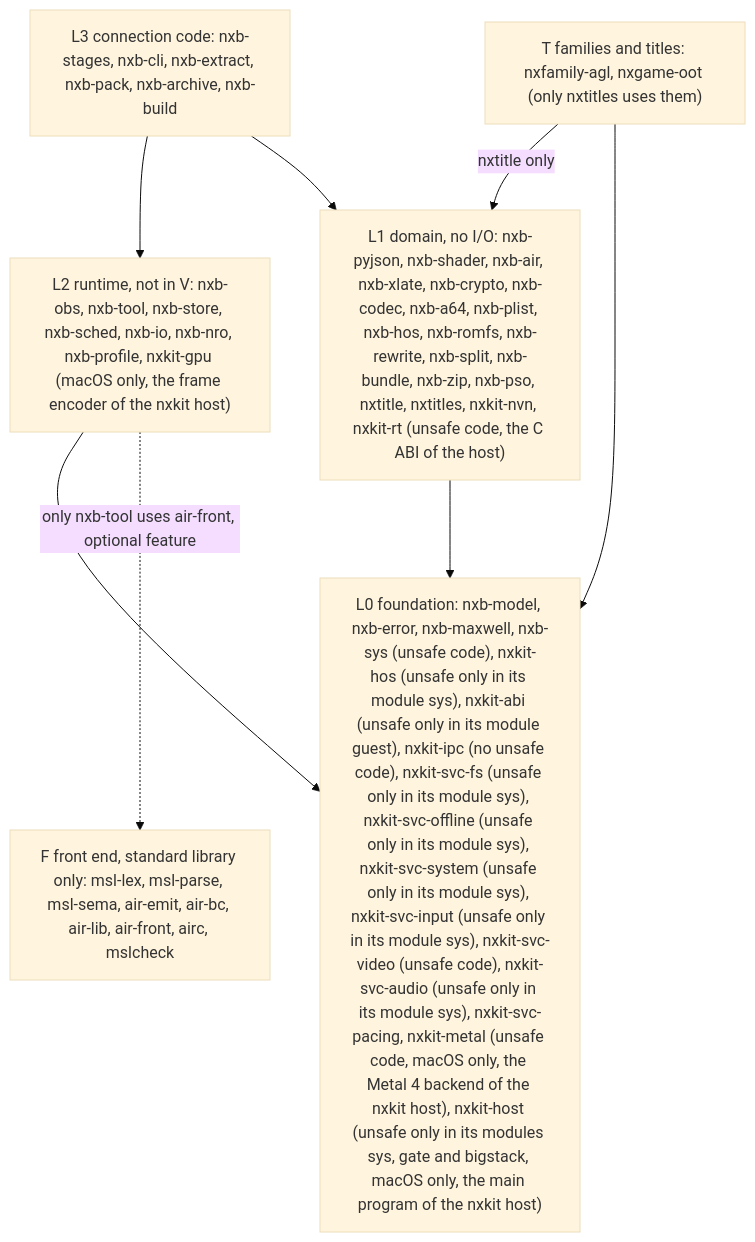
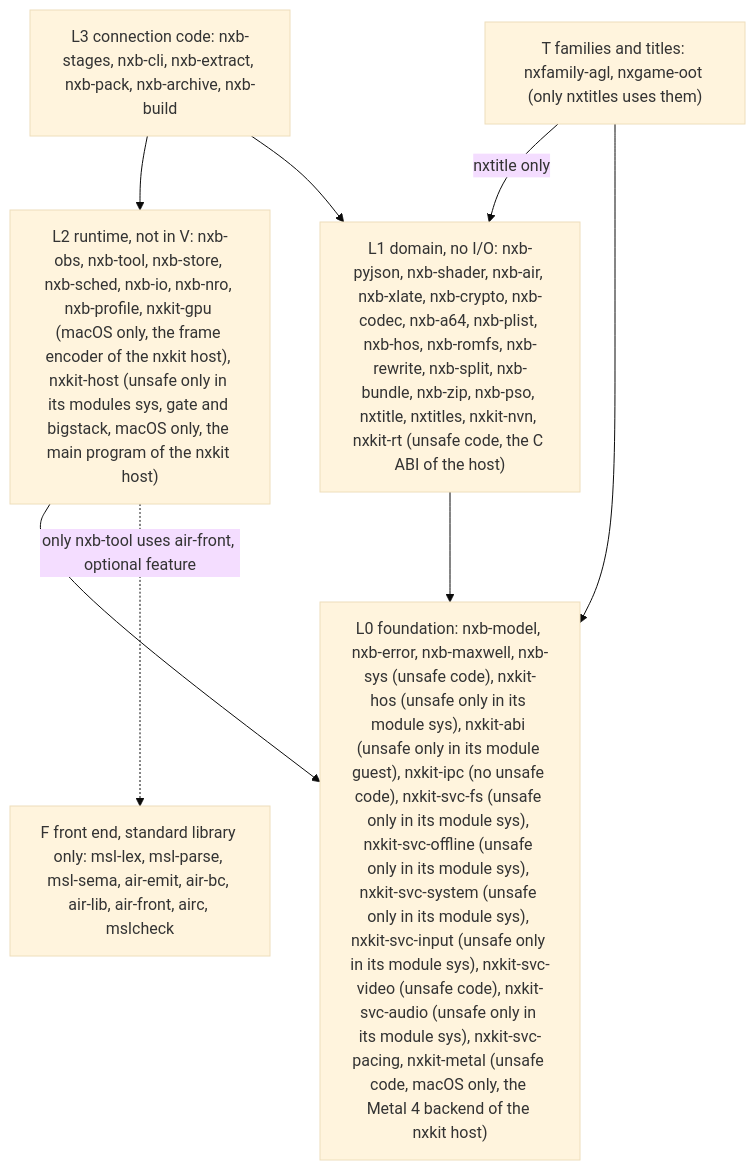
The first of 2 diagrams in docs/architecture.md (b4f8abbb24dbf56a7d0280f296e16eeb/nxkit), drawn with Mermaid (base theme) before and after one commit. The commit also changed other lines of this file and 2 other files, not shown here.

Commit message:
Teach the layer checker the nxkit edges and move nxkit-host to layer L2, above nxkit-rt

````diff
--- a/docs/architecture.md
+++ b/docs/architecture.md
@@ -19,14 +19,14 @@
 ```mermaid
 flowchart TD
   L3["L3 connection code: nxb-stages, nxb-cli, nxb-extract, nxb-pack, nxb-archive, nxb-build"]
-  L2["L2 runtime, not in V: nxb-obs, nxb-tool, nxb-store, nxb-sched, nxb-io, nxb-nro, nxb-profile, nxkit-gpu (macOS only, the frame encoder of the nxkit host)"]
+  L2["L2 runtime, not in V: nxb-obs, nxb-tool, nxb-store, nxb-sched, nxb-io, nxb-nro, nxb-profile, nxkit-gpu (macOS only, the frame encoder of the nxkit host), nxkit-host (unsafe only in its modules sys, gate and bigstack, macOS only, the main program of the nxkit host)"]
   L1["L1 domain, no I/O: nxb-pyjson, nxb-shader, nxb-air, nxb-xlate, nxb-crypto, nxb-codec, nxb-a64, nxb-plist, nxb-hos, nxb-romfs, nxb-rewrite, nxb-split, nxb-bundle, nxb-zip, nxb-pso, nxtitle, nxtitles, nxkit-nvn, nxkit-rt (unsafe code, the C ABI of the host)"]
-  L0["L0 foundation: nxb-model, nxb-error, nxb-maxwell, nxb-sys (unsafe code), nxkit-hos (unsafe only in its module sys), nxkit-abi (unsafe only in its module guest), nxkit-ipc (no unsafe code), nxkit-svc-fs (unsafe only in its module sys), nxkit-svc-offline (unsafe only in its module sys), nxkit-svc-system (unsafe only in its module sys), nxkit-svc-input (unsafe only in its module sys), nxkit-svc-video (unsafe code), nxkit-svc-audio (unsafe only in its module sys), nxkit-svc-pacing, nxkit-metal (unsafe code, macOS only, the Metal 4 backend of the nxkit host), nxkit-host (unsafe only in its modules sys, gate and bigstack, macOS only, the main program of the nxkit host)"]
+  L0["L0 foundation: nxb-model, nxb-error, nxb-maxwell, nxb-sys (unsafe code), nxkit-hos (unsafe only in its module sys), nxkit-abi (unsafe only in its module guest), nxkit-ipc (no unsafe code), nxkit-svc-fs (unsafe only in its module sys), nxkit-svc-offline (unsafe only in its module sys), nxkit-svc-system (unsafe only in its module sys), nxkit-svc-input (unsafe only in its module sys), nxkit-svc-video (unsafe code), nxkit-svc-audio (unsafe only in its module sys), nxkit-svc-pacing, nxkit-metal (unsafe code, macOS only, the Metal 4 backend of the nxkit host)"]
   LT["T families and titles: nxfamily-agl, nxgame-oot (only nxtitles uses them)"]
   LF["F front end, standard library only: msl-lex, msl-parse, msl-sema, air-emit, air-bc, air-lib, air-front, airc, mslcheck"]
   L3 --> L2 --> L0
   L3 --> L1 --> L0
   LT -->|nxtitle only| L1
   LT --> L0
   L2 -.->|only nxb-tool uses air-front, optional feature| LF
 ```
````
